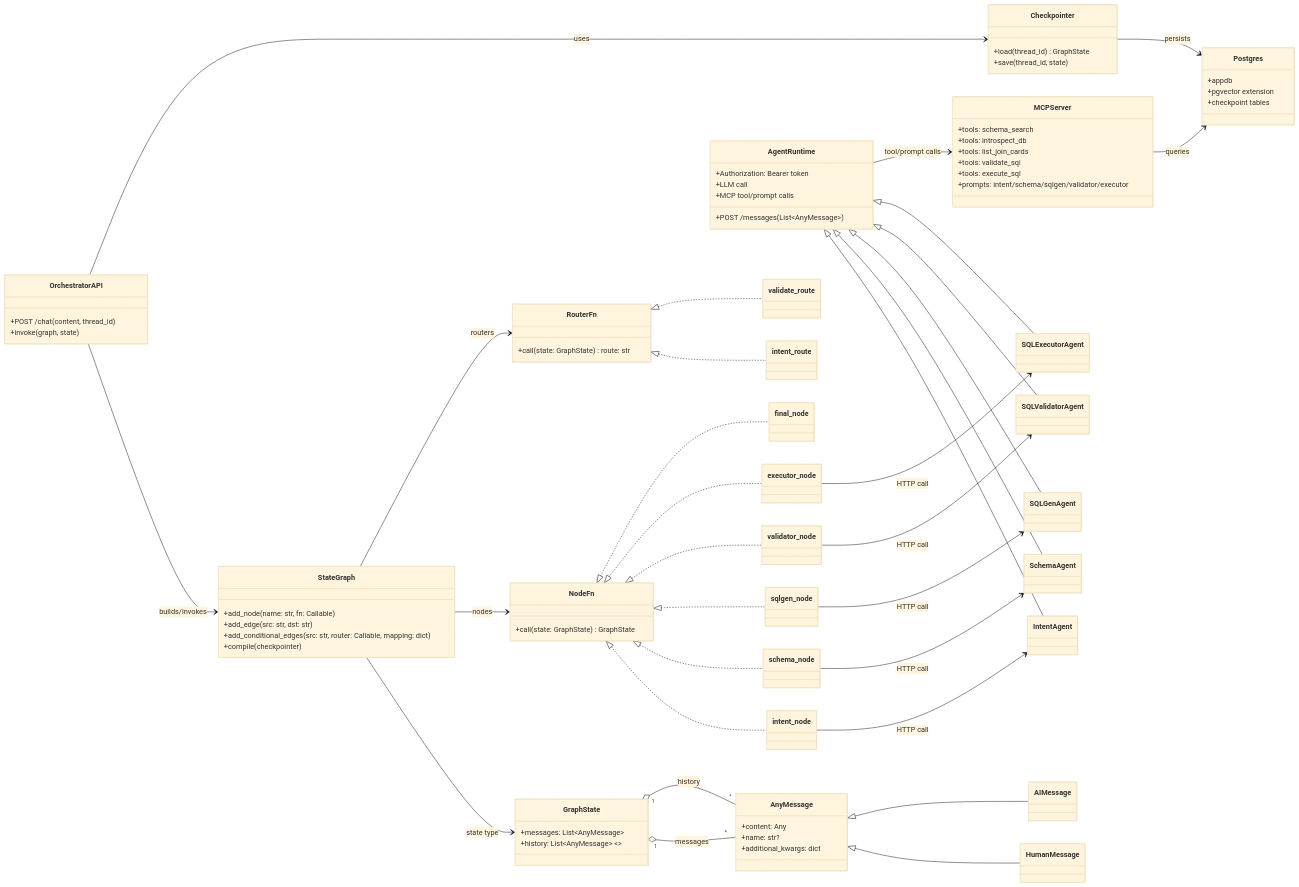
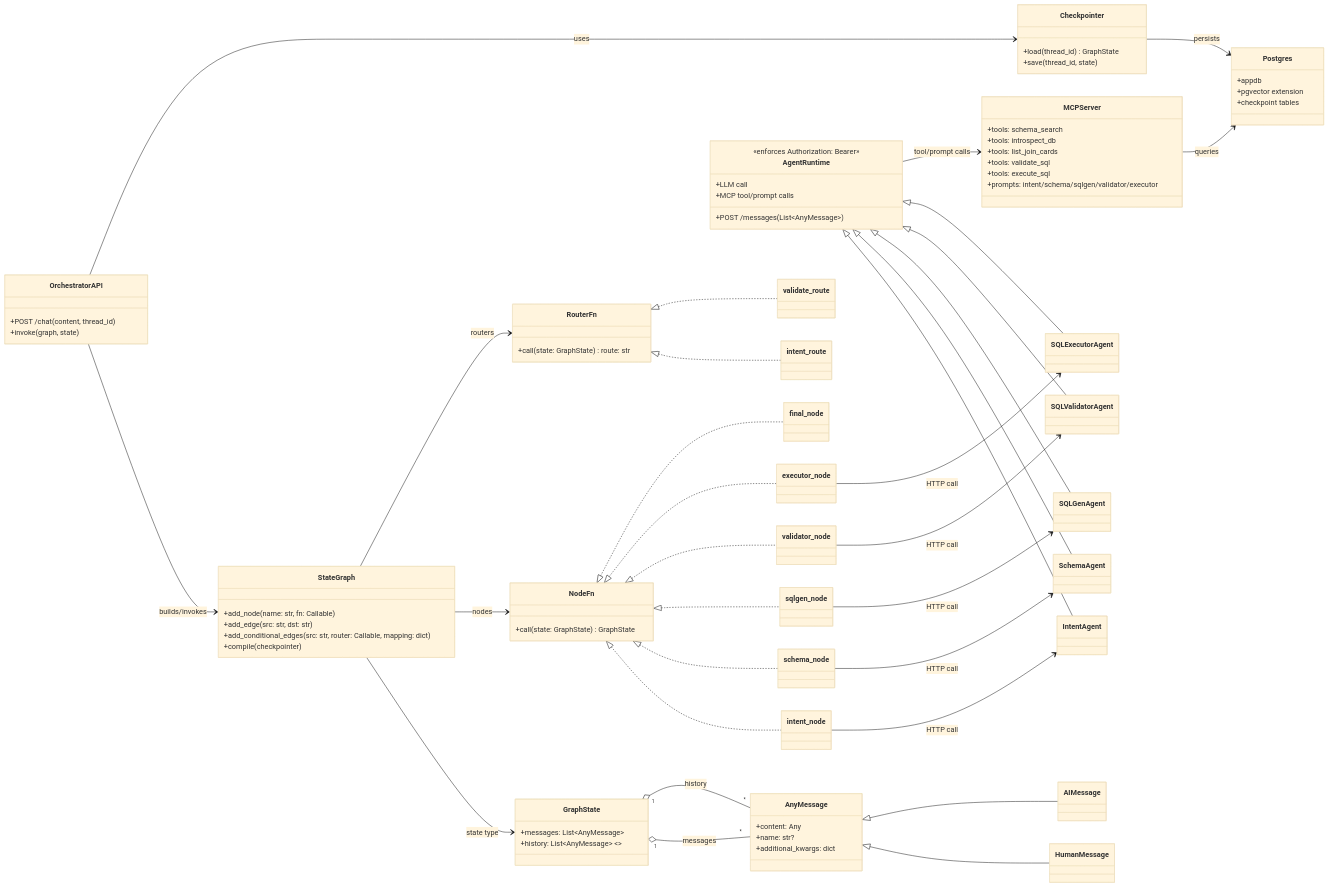
Before and after one commit to attractor-set/sql_agent_example: the first of 3 diagrams in README.md, drawn with Mermaid (base theme). The commit also changed other lines of this file, not shown here.

```diff
--- a/README.md
+++ b/README.md
@@ -111,7 +111,7 @@
 
 class AgentRuntime {
   +POST /messages(List~AnyMessage~)
-  +Authorization: Bearer token
+  <<enforces Authorization: Bearer>>
   +LLM call
   +MCP tool/prompt calls
 }
```
